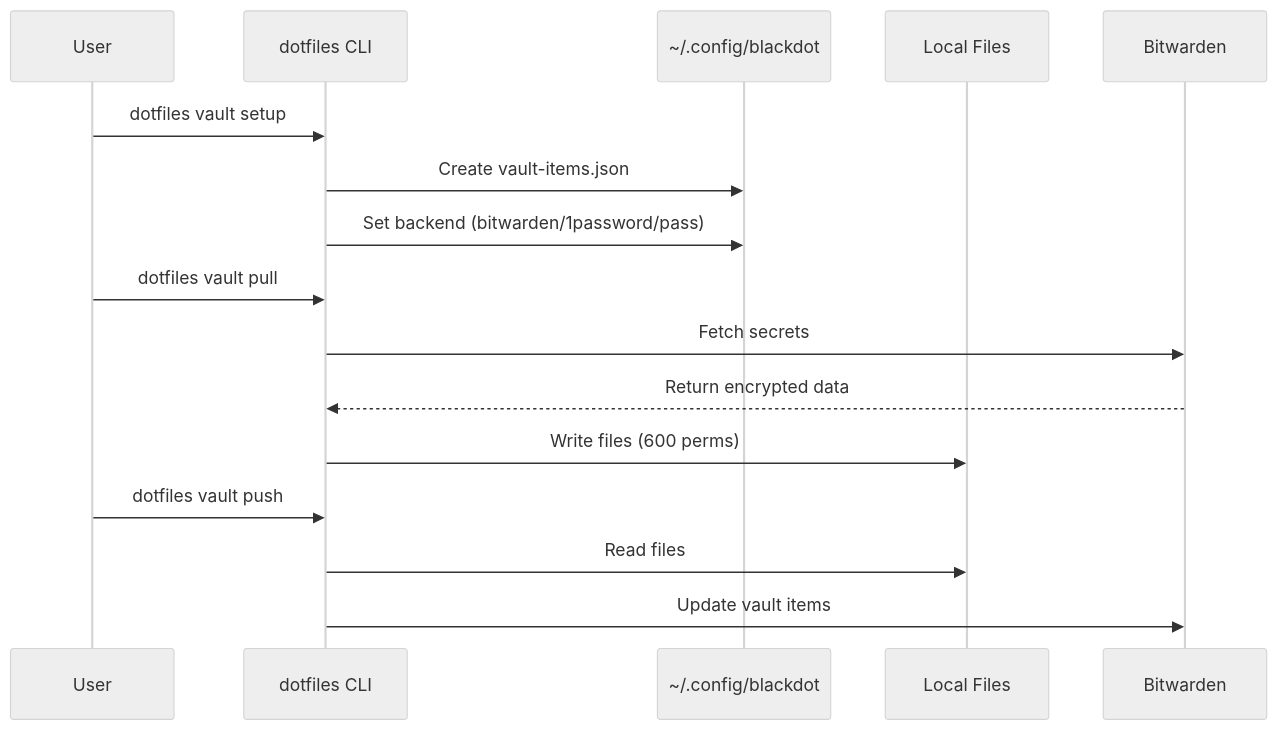
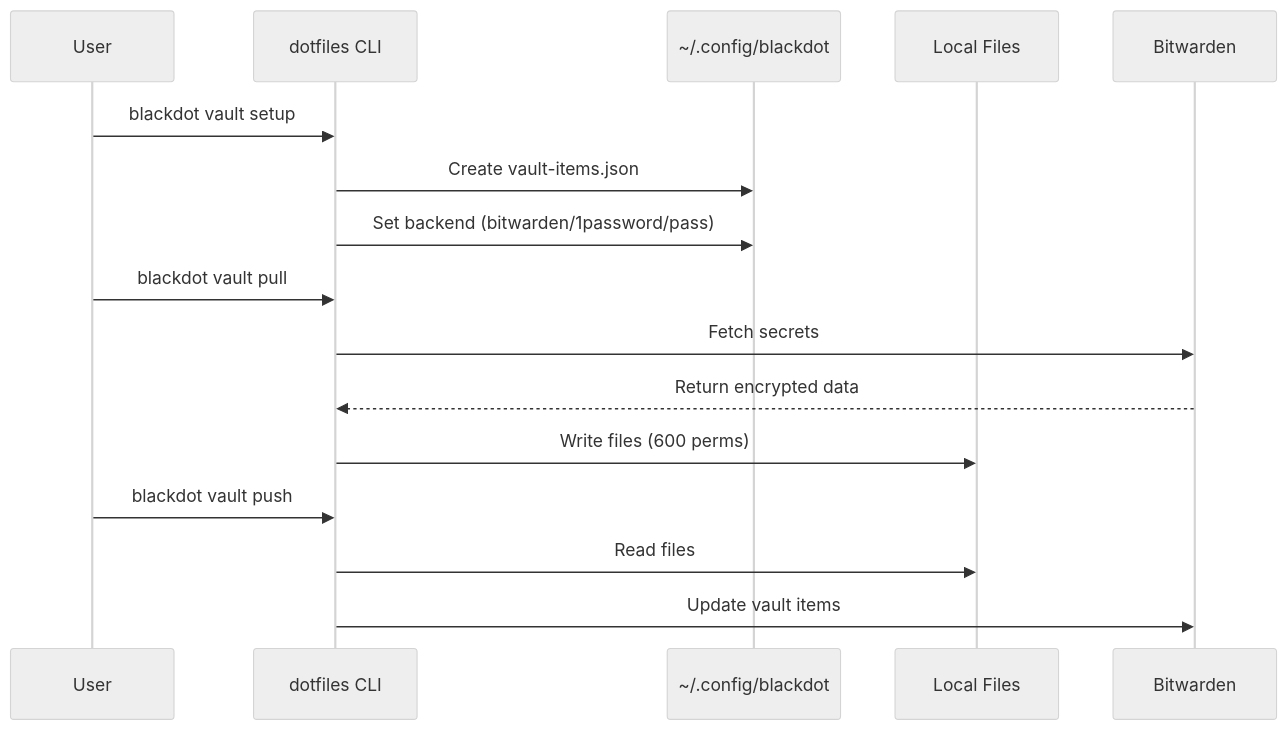
Before and after one commit to blackwell-systems/blackdot: the sixth of 10 diagrams in docs/architecture.md, drawn with Mermaid (neutral theme). The commit also changed other lines of this file and 13 other files, not shown here.

````diff
--- a/docs/architecture.md
+++ b/docs/architecture.md
@@ -457,21 +457,21 @@
 ```mermaid
 sequenceDiagram
     participant User
     participant CLI as dotfiles CLI
     participant Config as ~/.config/blackdot
     participant Local as Local Files
     participant BW as Bitwarden
 
-    User->>CLI: dotfiles vault setup
+    User->>CLI: blackdot vault setup
     CLI->>Config: Create vault-items.json
     CLI->>Config: Set backend (bitwarden/1password/pass)
 
-    User->>CLI: dotfiles vault pull
+    User->>CLI: blackdot vault pull
     CLI->>BW: Fetch secrets
     BW-->>CLI: Return encrypted data
     CLI->>Local: Write files (600 perms)
 
-    User->>CLI: dotfiles vault push
+    User->>CLI: blackdot vault push
     CLI->>Local: Read files
     CLI->>BW: Update vault items
 ```
````
